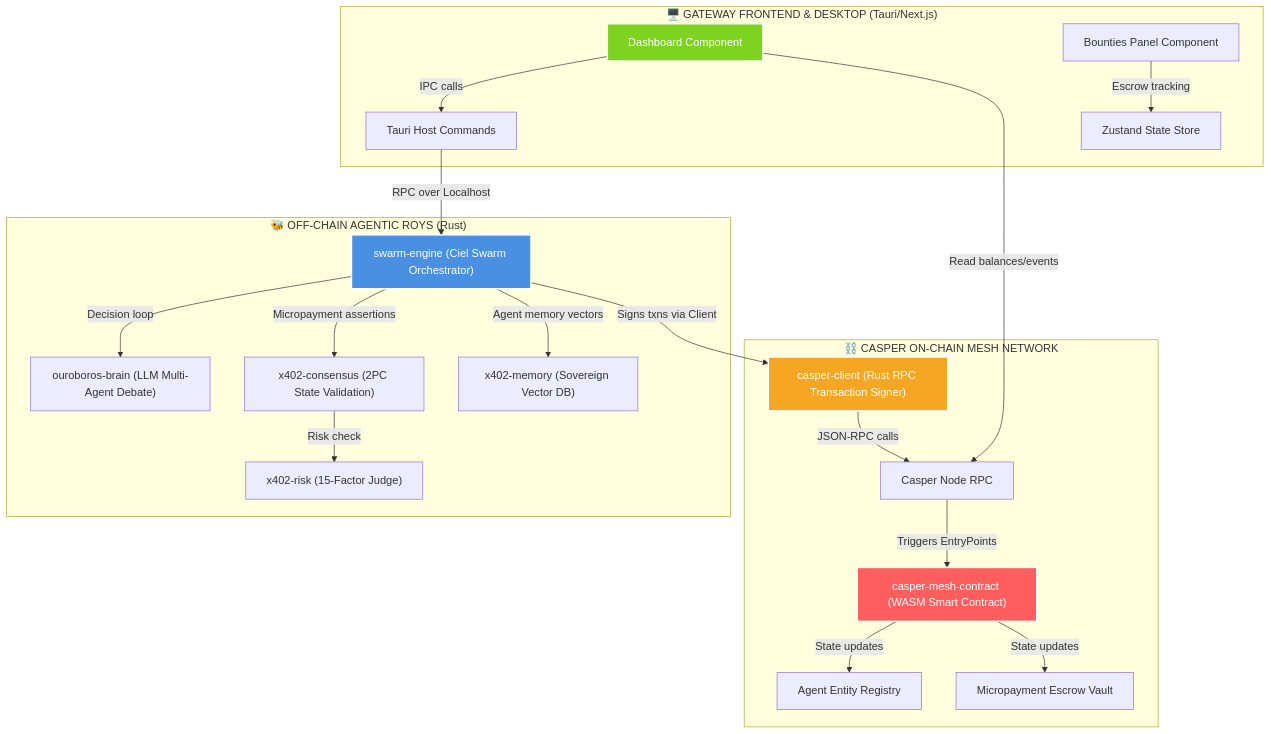
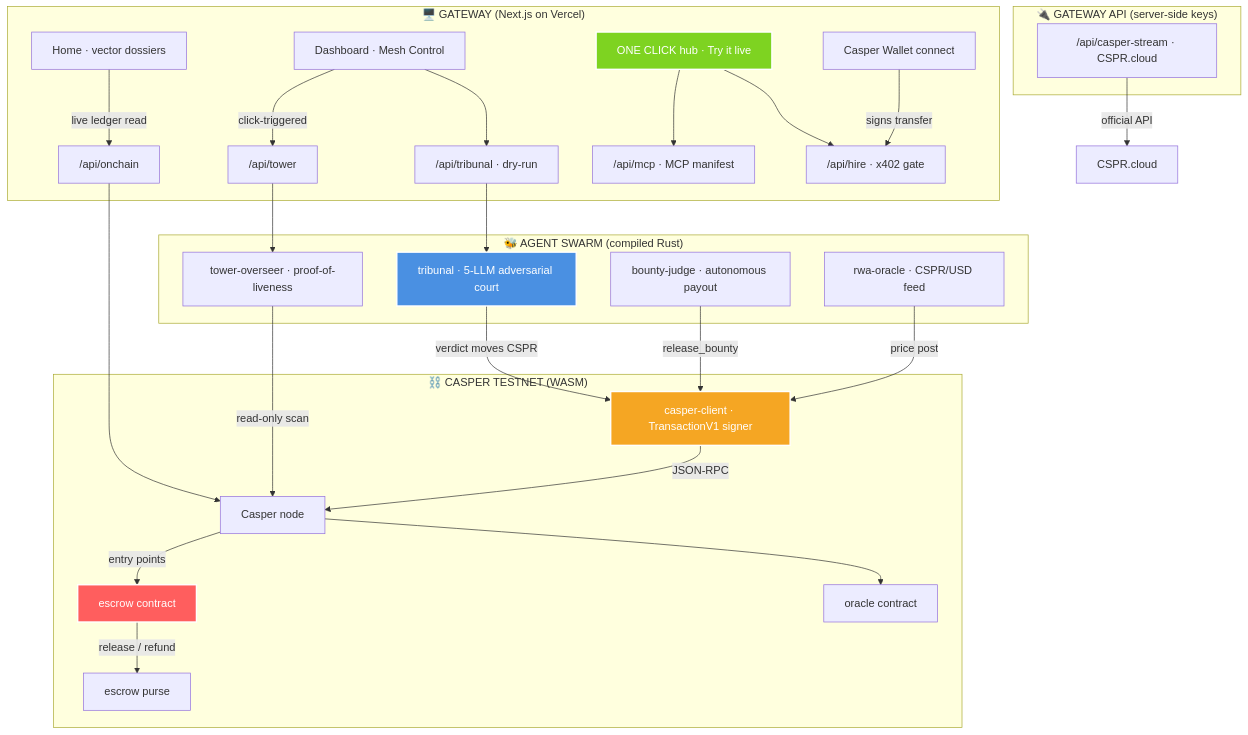
One commit to Triarchy-Labs/casper-agentic-mesh changed the diagram in AST_HYPERGRAPH.md. Above: the diagram before and after it, drawn with Mermaid. The commit also changed other lines of this file and 96 other files, not shown here.

````diff
--- a/AST_HYPERGRAPH.md
+++ b/AST_HYPERGRAPH.md
@@ -7,31 +7,49 @@
 ```mermaid
 graph TD
-    subgraph UI["🖥️ GATEWAY FRONTEND & DESKTOP (Tauri/Next.js)"]
-        Dashboard["Dashboard Component"] -->|IPC calls| TauriBridge["Tauri Host Commands"]
-        BountiesView["Bounties Panel Component"] -->|Escrow tracking| StateMonitor["Zustand State Store"]
+    subgraph UI["🖥️ GATEWAY (Next.js on Vercel)"]
+        Home["Home · vector dossiers"] -->|live ledger read| ApiOnchain
+        Dash["Dashboard · Mesh Control"] -->|click-triggered| ApiTower
+        Dash --> ApiTribunal
+        Hub["ONE CLICK hub · Try it live"] --> ApiMcp
+        Hub --> ApiHire
+        Wallet["Casper Wallet connect"] -->|signs transfer| ApiHire
     end
 
-    subgraph ROYS["🐝 OFF-CHAIN AGENTIC ROYS (Rust)"]
-        Engine["swarm-engine (Ciel Swarm Orchestrator)"] -->|Decision loop| Brain["ouroboros-brain (LLM Multi-Agent Debate)"]
-        Engine -->|Micropayment assertions| Consensus["x402-consensus (2PC State Validation)"]
-        Consensus -->|Risk check| Risk["x402-risk (15-Factor Judge)"]
-        Engine -->|Agent memory vectors| Memory["x402-memory (Sovereign Vector DB)"]
+    subgraph API["🔌 GATEWAY API (server-side keys)"]
+        ApiOnchain["/api/onchain"]
+        ApiHire["/api/hire · x402 gate"]
+        ApiMcp["/api/mcp · MCP manifest"]
+        ApiStream["/api/casper-stream · CSPR.cloud"]
+        ApiTower["/api/tower"]
+        ApiTribunal["/api/tribunal · dry-run"]
     end
 
-    subgraph CASPER["⛓️ CASPER ON-CHAIN MESH NETWORK"]
-        Client["casper-client (Rust RPC Transaction Signer)"] -->|JSON-RPC calls| Node["Casper Node RPC"]
-        Node -->|Triggers EntryPoints| Contract["casper-mesh-contract (WASM Smart Contract)"]
-        Contract -->|State updates| AgentRegistry["Agent Entity Registry"]
-        Contract -->|State updates| EscrowStore["Micropayment Escrow Vault"]
+    subgraph AGENTS["🐝 AGENT SWARM (compiled Rust)"]
+        Tower["tower-overseer · proof-of-liveness"]
+        Tribunal["tribunal · 5-LLM adversarial court"]
+        Judge["bounty-judge · autonomous payout"]
+        Oracle["rwa-oracle · CSPR/USD feed"]
     end
 
-    %% Connections between layers
-    TauriBridge -->|RPC over Localhost| Engine
-    Engine -->|Signs txns via Client| Client
-    Dashboard -->|Read balances/events| Node
-    %% Styles
+    subgraph CASPER["⛓️ CASPER TESTNET (WASM)"]
+        Client["casper-client · TransactionV1 signer"] -->|JSON-RPC| Node["Casper node"]
+        Node -->|entry points| Contract["escrow contract"]
+        Node --> OracleContract["oracle contract"]
+        Contract -->|release / refund| Escrow["escrow purse"]
+    end
+
+    %% cross-layer
+    ApiTower --> Tower
+    ApiTribunal --> Tribunal
+    ApiOnchain --> Node
+    ApiStream -->|official API| Cloud["CSPR.cloud"]
+    Tribunal -->|verdict moves CSPR| Client
+    Judge -->|release_bounty| Client
+    Oracle -->|price post| Client
+    Tower -->|read-only scan| Node
+
     style Contract fill:#ff5e5e,stroke:#fff,stroke-width:2px,color:#fff
-    style Engine fill:#4a90e2,stroke:#fff,stroke-width:2px,color:#fff
+    style Tribunal fill:#4a90e2,stroke:#fff,stroke-width:2px,color:#fff
     style Client fill:#f5a623,stroke:#fff,stroke-width:2px,color:#fff
-    style Dashboard fill:#7ed321,stroke:#fff,stroke-width:2px,color:#fff
+    style Hub fill:#7ed321,stroke:#fff,stroke-width:2px,color:#fff
 ```
````
